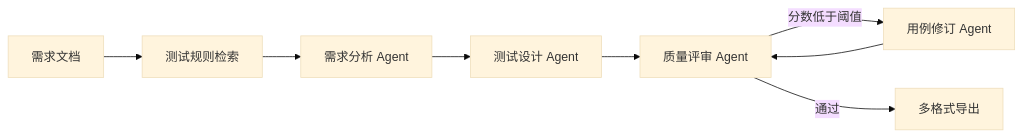
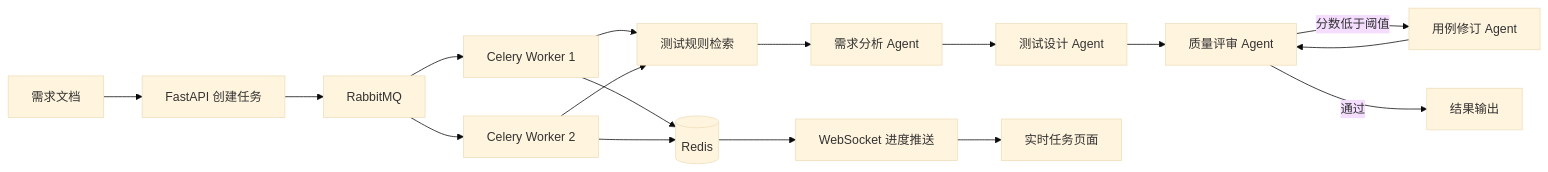
Before and after one commit to xingqianyue268-alt/req2test-agent: the diagram in README.md, drawn with Mermaid (base theme). The commit also changed other lines of this file, not shown here.

Commit message:
docs: document async task platform architecture and usage

````diff
--- a/README.md
+++ b/README.md
@@ -20,10 +25,19 @@
 ```mermaid
 flowchart LR
-    A[需求文档] --> B[测试规则检索]
-    B --> C[需求分析 Agent]
+    A[需求文档] --> API[FastAPI 创建任务]
+    API --> MQ[RabbitMQ]
+    MQ --> W1[Celery Worker 1]
+    MQ --> W2[Celery Worker 2]
+    W1 --> R[测试规则检索]
+    W2 --> R
+    R --> C[需求分析 Agent]
     C --> D[测试设计 Agent]
     D --> E[质量评审 Agent]
     E -->|分数低于阈值| F[用例修订 Agent]
     F --> E
-    E -->|通过| G[多格式导出]
+    E -->|通过| G[结果输出]
+    W1 --> Redis[(Redis)]
+    W2 --> Redis
+    Redis --> WS[WebSocket 进度推送]
+    WS --> UI[实时任务页面]
 ```
````
